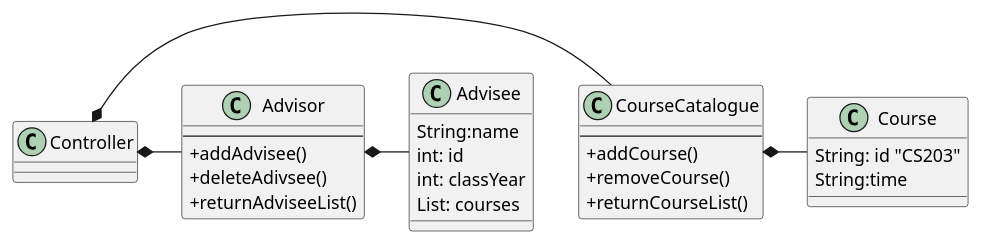
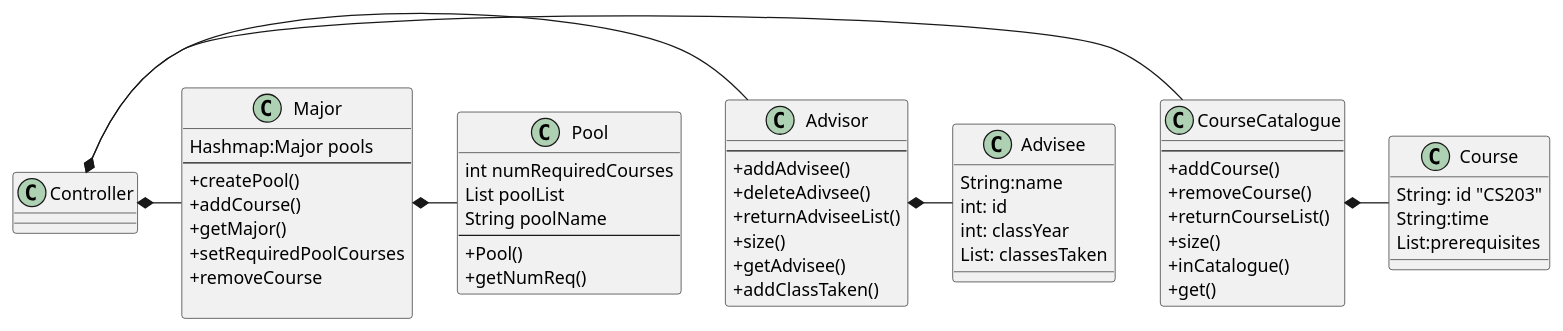
Before and after one commit to Jofosu/professor-student-advising-app: the diagram in IntelliJ/Doc/class-diagram.puml, drawn with PlantUML. The commit also changed other lines of this file, not shown here.

Commit message:
update class diagram model

```diff
--- a/IntelliJ/Doc/class-diagram.puml
+++ b/IntelliJ/Doc/class-diagram.puml
@@ -1,35 +1,67 @@
 @startuml
 skinparam classAttributeIconSize 0
 
 class CourseCatalogue{
 --
 +addCourse()
 +removeCourse()
 +returnCourseList()
++size()
++inCatalogue()
++get()
 }
 
 class Course{
 String: id "CS203"
 String:time
+List:prerequisites
 }
 
 class Advisor{
 --
 +addAdvisee()
 +deleteAdivsee()
 +returnAdviseeList()
++size()
++getAdvisee()
++addClassTaken()
 }
 
 class Advisee{
 String:name
 int: id
 int: classYear
-List: courses
+List: classesTaken
+
+}
+
+class Major{
+Hashmap:Major pools
+--
++createPool()
++addCourse()
++getMajor()
++setRequiredPoolCourses
++removeCourse
+
+}
+class Pool{
+int numRequiredCourses
+List poolList
+String poolName
+--
++Pool()
++getNumReq()
+}
+
+class Controller{
+
 }
 
 CourseCatalogue *- Course
 Advisor *- Advisee
 Controller *- CourseCatalogue
 Controller *- Advisor
-
+Major *- Pool
+Controller *- Major
 @enduml
```
